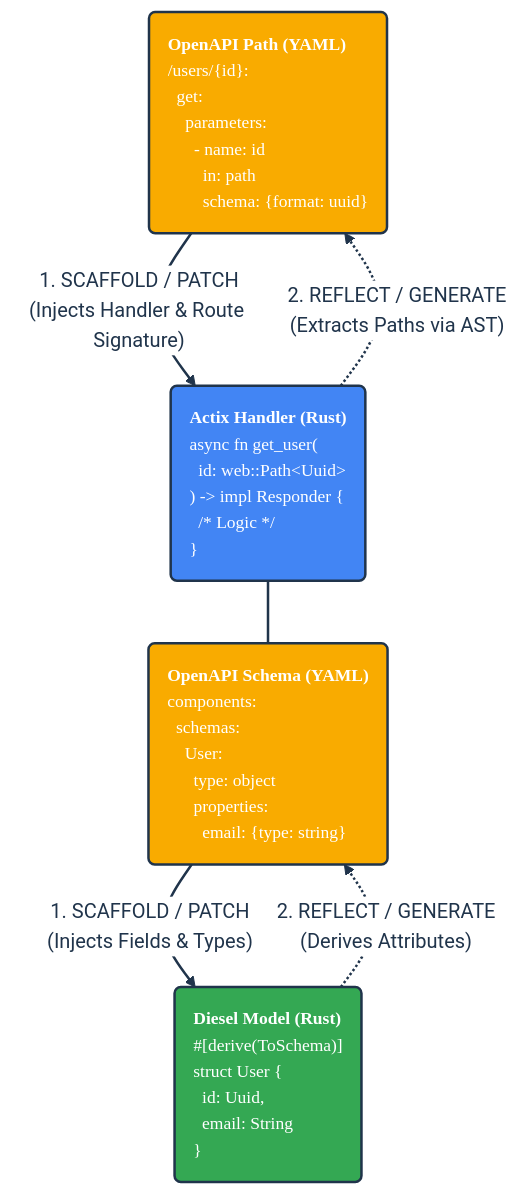
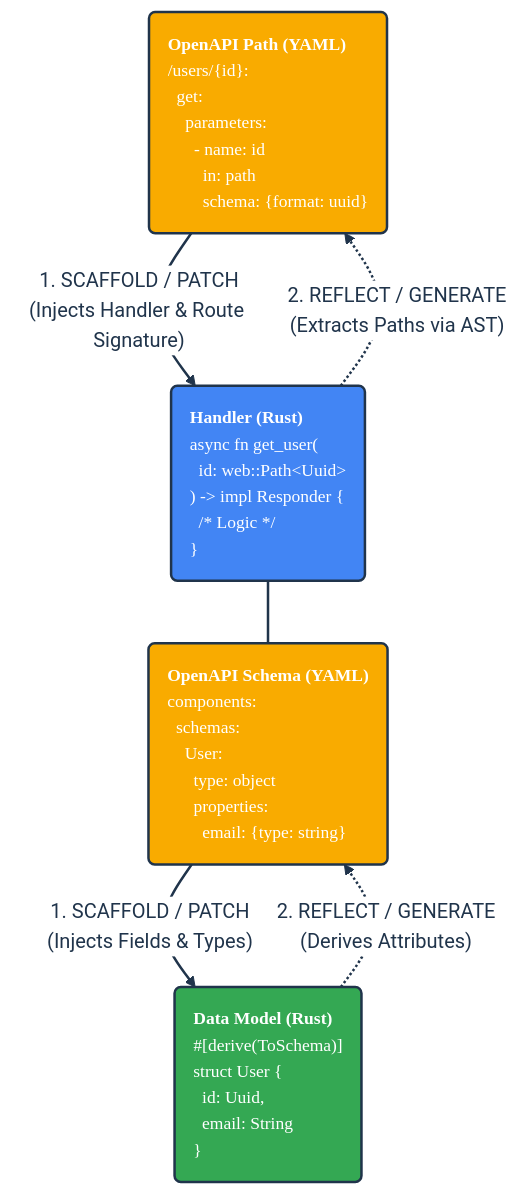
The first of 2 diagrams in README.md (offscale/cdd-rust), drawn with Mermaid before and after one commit. The commit also changed other lines of this file and 11 other files, not shown here.

Commit message:
Decouple actix and diesel

````diff
--- a/README.md
+++ b/README.md
@@ -17,47 +19,47 @@
 ```mermaid
-%%{init: {
-  'theme': 'base',
-  'themeVariables': {
-    'primaryColor': '#ffffff',
-    'primaryTextColor': '#20344b',
-    'primaryBorderColor': '#20344b',
-    'lineColor': '#20344b',
-    'fontFamily': 'Google Sans, sans-serif'
-  }
-}}%%
+%%{init: { 
+  'theme': 'base', 
+  'themeVariables': { 
+    'primaryColor': '#ffffff', 
+    'primaryTextColor': '#20344b', 
+    'primaryBorderColor': '#20344b', 
+    'lineColor': '#20344b', 
+    'fontFamily': 'Google Sans, sans-serif' 
+  } 
+}}%% 
 
 graph TD
-%% --- Section 1: Route Logic ---
+%% --- Section 1: Route Logic --- 
 
-%% Node: OAS Path
+%% Node: OpenAPI Path
     OasPath("<strong>OpenAPI Path (YAML)</strong><br/>/users/{id}:<br/>&nbsp;&nbsp;get:<br/>&nbsp;&nbsp;&nbsp;&nbsp;parameters:<br/>&nbsp;&nbsp;&nbsp;&nbsp;&nbsp;&nbsp;- name: id<br/>&nbsp;&nbsp;&nbsp;&nbsp;&nbsp;&nbsp;&nbsp;&nbsp;in: path<br/>&nbsp;&nbsp;&nbsp;&nbsp;&nbsp;&nbsp;&nbsp;&nbsp;schema: {format: uuid}"):::yellow
 
 %% Node: Actix Handler
-    Actix("<strong>Actix Handler (Rust)</strong><br/>async fn get_user(<br/>&nbsp;&nbsp;id: web::Path&lt;Uuid&gt;<br/>) -> impl Responder {<br/>&nbsp;&nbsp;/* Logic */<br/>}"):::blue
+    Actix("<strong>Handler (Rust)</strong><br/>async fn get_user(<br/>&nbsp;&nbsp;id: web::Path&lt;Uuid&gt;<br/>) -> impl Responder {<br/>&nbsp;&nbsp;/* Logic */<br/>}"):::blue
 
-%% Flow: Down (Scaffold) & Up (Reflect)
+%% Flow: Down (Scaffold) & Up (Reflect) 
     OasPath ==>|"1. SCAFFOLD / PATCH<br/>(Injects Handler & Route Signature)"| Actix
     Actix -.->|"2. REFLECT / GENERATE<br/>(Extracts Paths via AST)"| OasPath
 
-%% --- Spacer to force vertical layout ---
+%% --- Spacer to force vertical layout --- 
     Actix ~~~ OasSchema
 
-%% --- Section 2: Data Models ---
+%% --- Section 2: Data Models --- 
 
-%% Node: OAS Schema
+%% Node: OpenAPI Schema
     OasSchema("<strong>OpenAPI Schema (YAML)</strong><br/>components:<br/>&nbsp;&nbsp;schemas:<br/>&nbsp;&nbsp;&nbsp;&nbsp;User:<br/>&nbsp;&nbsp;&nbsp;&nbsp;&nbsp;&nbsp;type: object<br/>&nbsp;&nbsp;&nbsp;&nbsp;&nbsp;&nbsp;properties:<br/>&nbsp;&nbsp;&nbsp;&nbsp;&nbsp;&nbsp;&nbsp;&nbsp;email: {type: string}"):::yellow
 
 %% Node: Diesel Model
-    Diesel("<strong>Diesel Model (Rust)</strong><br/>#[derive(ToSchema)]<br/>struct User {<br/>&nbsp;&nbsp;id: Uuid,<br/>&nbsp;&nbsp;email: String<br/>}"):::green
+    Diesel("<strong>Data Model (Rust)</strong><br/>#[derive(ToSchema)]<br/>struct User {<br/>&nbsp;&nbsp;id: Uuid,<br/>&nbsp;&nbsp;email: String<br/>}"):::green
 
-%% Flow: Down (Scaffold) & Up (Reflect)
+%% Flow: Down (Scaffold) & Up (Reflect) 
     OasSchema ==>|"1. SCAFFOLD / PATCH<br/>(Injects Fields & Types)"| Diesel
     Diesel -.->|"2. REFLECT / GENERATE<br/>(Derives Attributes)"| OasSchema
 
-%% --- Styles ---
-    classDef yellow fill:#f9ab00,stroke:#20344b,stroke-width:2px,color:#ffffff,font-family:'Consolas',font-size:14px,text-align:left;
-    classDef blue fill:#4285f4,stroke:#20344b,stroke-width:2px,color:#ffffff,font-family:'Consolas',font-size:14px,text-align:left;
-    classDef green fill:#34a853,stroke:#20344b,stroke-width:2px,color:#ffffff,font-family:'Consolas',font-size:14px,text-align:left;
+%% --- Styles --- 
+    classDef yellow fill:#f9ab00,stroke:#20344b,stroke-width:2px,color:#ffffff,font-family:'Consolas',font-size:14px,text-align:left; 
+    classDef blue fill:#4285f4,stroke:#20344b,stroke-width:2px,color:#ffffff,font-family:'Consolas',font-size:14px,text-align:left; 
+    classDef green fill:#34a853,stroke:#20344b,stroke-width:2px,color:#ffffff,font-family:'Consolas',font-size:14px,text-align:left; 
 
-    linkStyle default stroke:#20344b,stroke-width:2px;
+    linkStyle default stroke:#20344b,stroke-width:2px; 
 ```
````
